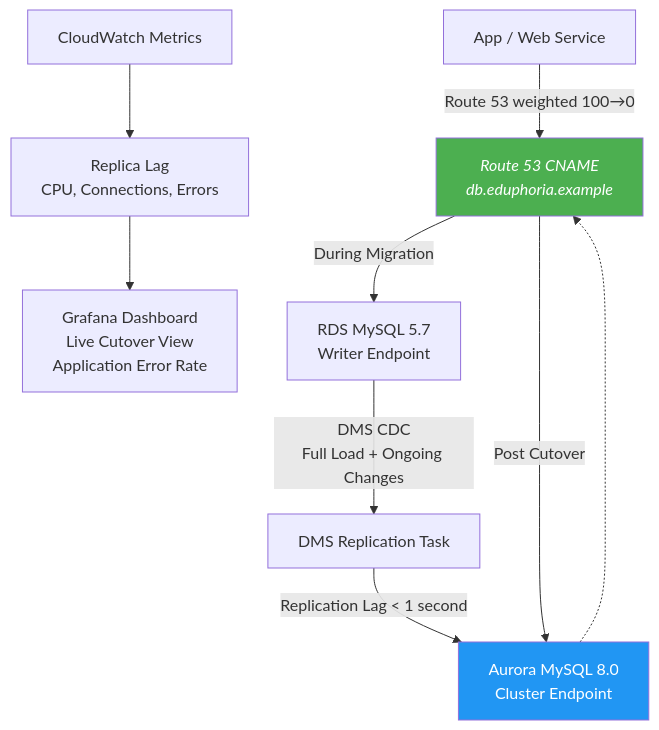
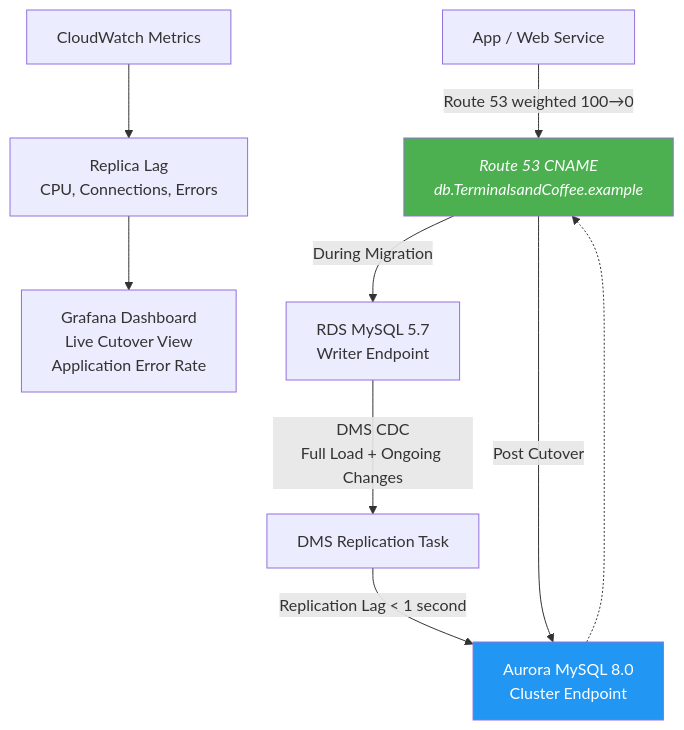
One commit to TerminalsandCoffee/aws-devops-portfolio changed the diagram in projects/04-aurora-zero-downtime-migration/diagrams/aurora-zero-downtime-migration.mmd. Above: the diagram before and after it, drawn with Mermaid. The commit also changed 2 other files, not shown here.

```diff
--- a/projects/04-aurora-zero-downtime-migration/diagrams/aurora-zero-downtime-migration.mmd
+++ b/projects/04-aurora-zero-downtime-migration/diagrams/aurora-zero-downtime-migration.mmd
@@ -1,23 +1,23 @@
 graph TD
 
-    A[App / Web Service] -->|Route 53 weighted 100→0| B[Route 53 CNAME<br/>db.eduphoria.example]
+    A[App / Web Service] -->|Route 53 weighted 100→0| B[Route 53 CNAME<br/>db.TerminalsandCoffee.example]
 
     B -->|During Migration| C[RDS MySQL 5.7<br/>Writer Endpoint]
     B -->|Post Cutover| D[Aurora MySQL 8.0<br/>Cluster Endpoint]
 
     C -->|DMS CDC<br/>Full Load + Ongoing Changes| E[DMS Replication Task]
     E -->|Replication Lag < 1 second| D
 
     %% FIX: Mermaid does not allow dashed + label together
     D -.-> B
     B:::rollbackLabel
 
     F[CloudWatch Metrics] --> G[Replica Lag<br/>CPU, Connections, Errors]
     G --> H[Grafana Dashboard<br/>Live Cutover View<br/>Application Error Rate]
 
     classDef green fill:#4CAF50,color:white;
     classDef blue fill:#2196F3,color:white;
     classDef rollbackLabel color:#999,font-style:italic;
 
     class B green;
     class D blue;
```
